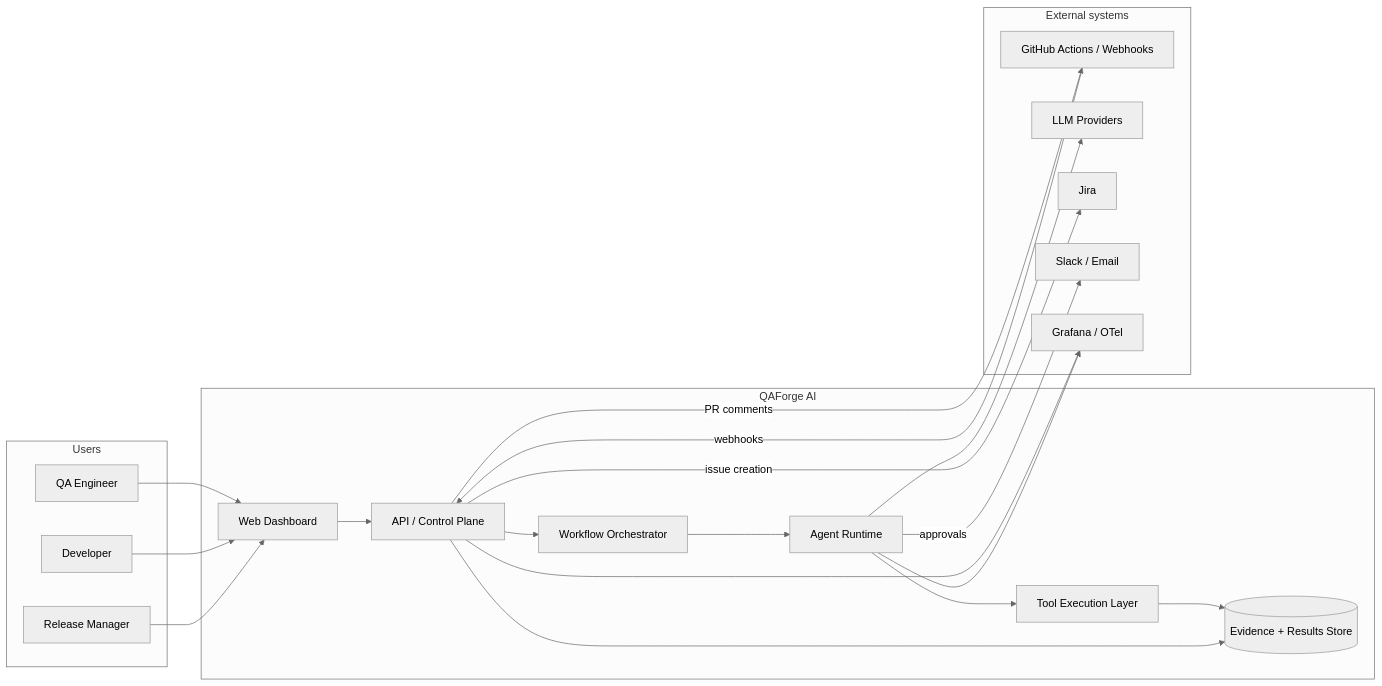
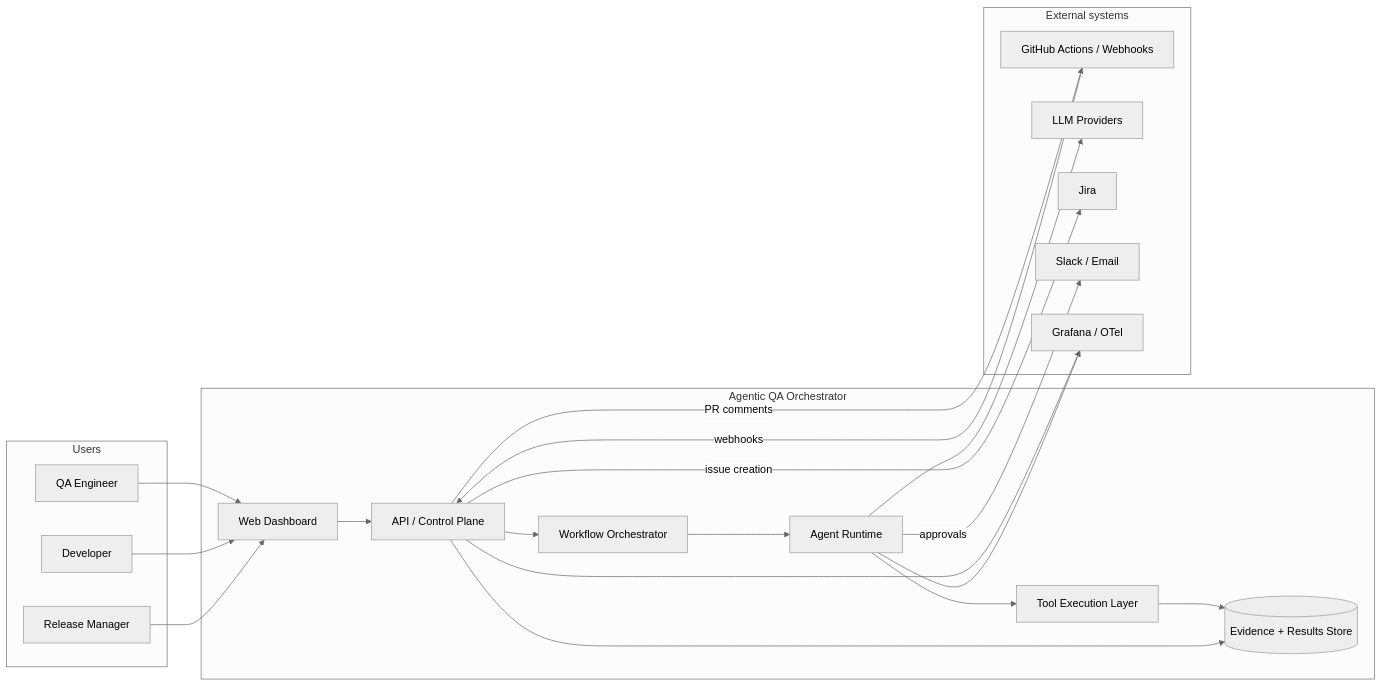
One commit to anandtopu/agentic-qa changed the diagram in docs/architecture/c4-context.md. Above: the diagram before and after it, drawn with Mermaid (neutral theme). The commit also changed 675 other files, not shown here.

````diff
--- a/docs/architecture/c4-context.md
+++ b/docs/architecture/c4-context.md
@@ -3,42 +3,42 @@
 ```mermaid
 flowchart LR
   subgraph users[Users]
     qae[QA Engineer]
     dev[Developer]
     rm[Release Manager]
   end
 
-  subgraph qaforge[QAForge AI]
+  subgraph aqao[Agentic QA Orchestrator]
     web[Web Dashboard]
     api[API / Control Plane]
     orch[Workflow Orchestrator]
     agents[Agent Runtime]
     tools[Tool Execution Layer]
     store[(Evidence + Results Store)]
   end
 
   subgraph external[External systems]
     gh[GitHub Actions / Webhooks]
     llm[LLM Providers]
     jira[Jira]
     slack[Slack / Email]
     grafana[Grafana / OTel]
   end
 
   qae --> web
   dev --> web
   rm  --> web
   web --> api
   api --> orch
   orch --> agents
   agents --> tools
   agents --> llm
   tools --> store
   api --> store
   gh -- webhooks --> api
   api -- PR comments --> gh
   agents -- approvals --> slack
   api -- issue creation --> jira
   api --> grafana
   agents --> grafana
 ```
````
